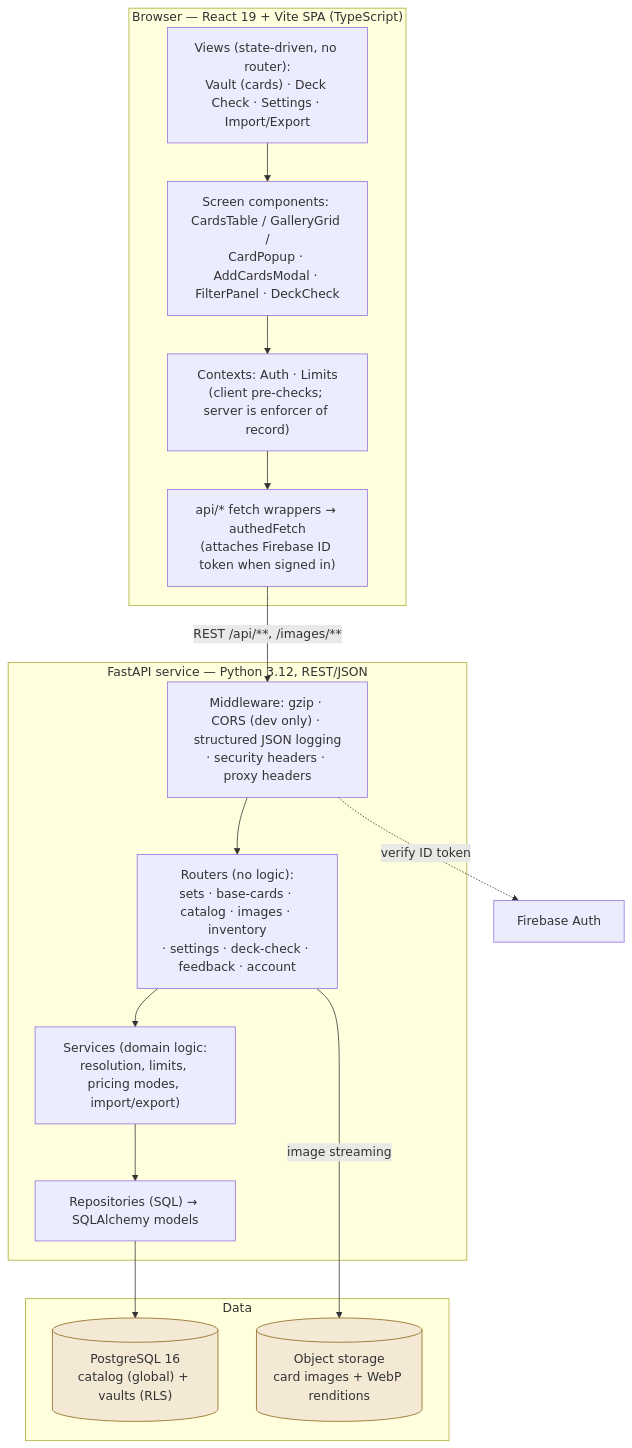
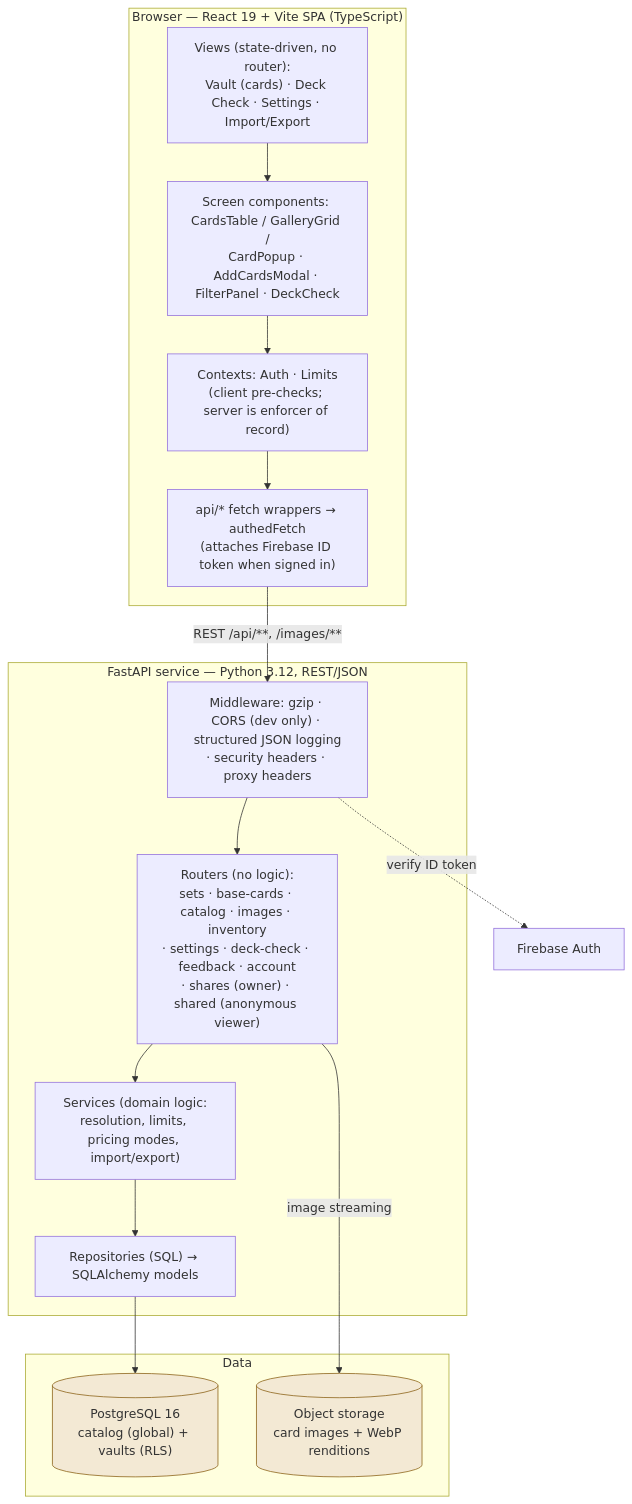
Before and after one commit to whitebreadisu/hyperspacevault: the first of 4 diagrams in specification_documents/architecture/Architecture_Logical.md, drawn with Mermaid. The commit also changed other lines of this file and 11 other files, not shown here.

First line of the commit message:
docs: BL-231 accuracy sweep — HISTORY through v1.4, README features, ADR index/0008, spec fixes, architecture regeneration (#156)

````diff
--- a/specification_documents/architecture/Architecture_Logical.md
+++ b/specification_documents/architecture/Architecture_Logical.md
@@ -15,33 +15,33 @@
 ```mermaid
 flowchart TB
   subgraph browser["Browser — React 19 + Vite SPA (TypeScript)"]
     views["Views (state-driven, no router):<br/>Vault (cards) · Deck Check · Settings · Import/Export"]
     comps["Screen components: CardsTable / GalleryGrid /<br/>CardPopup · AddCardsModal · FilterPanel · DeckCheck"]
     ctx["Contexts: Auth · Limits<br/>(client pre-checks; server is enforcer of record)"]
     api["api/* fetch wrappers → authedFetch<br/>(attaches Firebase ID token when signed in)"]
     views --> comps --> ctx --> api
   end
 
   subgraph backend["FastAPI service — Python 3.12, REST/JSON"]
     mw["Middleware: gzip · CORS (dev only) · structured JSON logging<br/>· security headers · proxy headers"]
-    routers["Routers (no logic):<br/>sets · base-cards · catalog · images · inventory<br/>· settings · deck-check · feedback · account"]
+    routers["Routers (no logic):<br/>sets · base-cards · catalog · images · inventory<br/>· settings · deck-check · feedback · account<br/>· shares (owner) · shared (anonymous viewer)"]
     services["Services (domain logic:<br/>resolution, limits, pricing modes, import/export)"]
     repos["Repositories (SQL) → SQLAlchemy models"]
     mw --> routers --> services --> repos
   end
 
   subgraph data["Data"]
     pg[("PostgreSQL 16<br/>catalog (global) + vaults (RLS)")]
     gcs[("Object storage<br/>card images + WebP renditions")]
   end
 
   firebase["Firebase Auth"]
 
   api -->|"REST /api/**, /images/**"| mw
   repos --> pg
   routers -->|"image streaming"| gcs
   mw -.->|"verify ID token"| firebase
 
   classDef store fill:#F3E9D4,stroke:#8A6116;
   class pg,gcs store;
 ```
````
